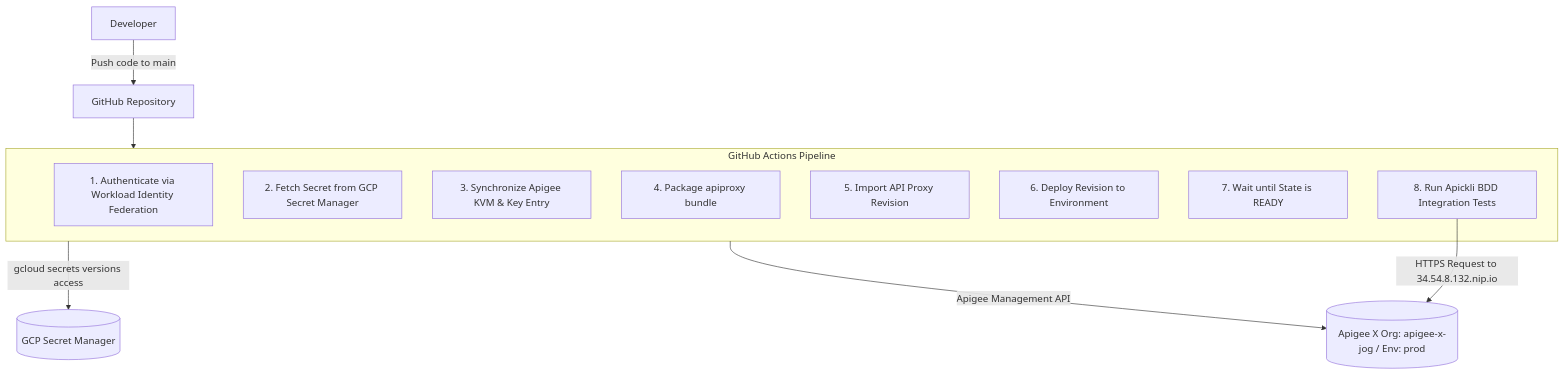
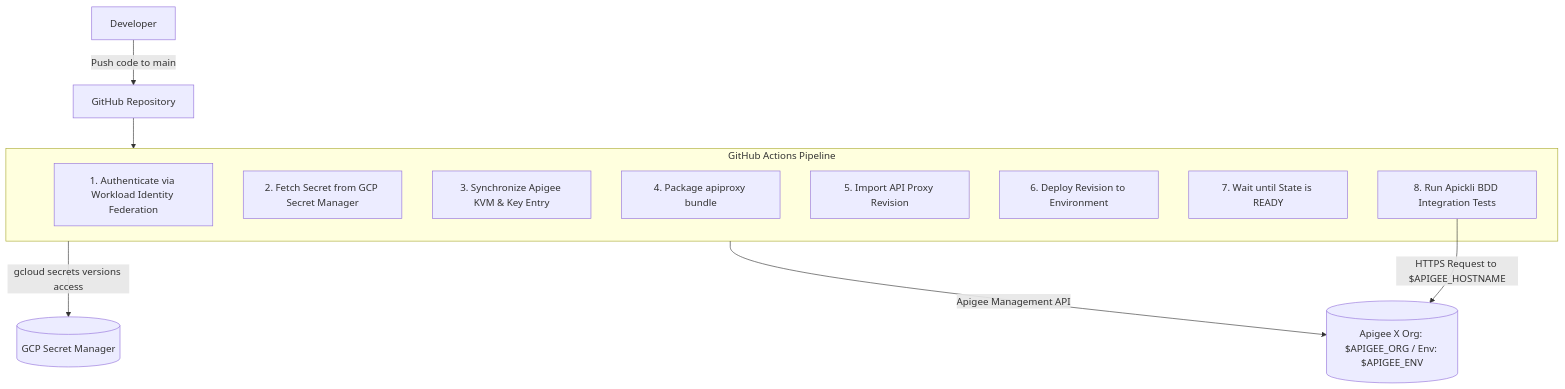
One commit to JoelGauci/apigee-cicd-demo changed the first of 2 diagrams in README.md. Above: the diagram before and after it, drawn with Mermaid. The commit also changed other lines of this file and 7 other files, not shown here.

````diff
--- a/README.md
+++ b/README.md
@@ -9,18 +9,18 @@
 ```mermaid
 flowchart TD
     Dev[Developer] -->|Push code to main| GitHub[GitHub Repository]
     subgraph CI/CD [GitHub Actions Pipeline]
         Auth[1. Authenticate via Workload Identity Federation]
         FetchSecret[2. Fetch Secret from GCP Secret Manager]
         SyncKVM[3. Synchronize Apigee KVM & Key Entry]
         Package[4. Package apiproxy bundle]
         Import[5. Import API Proxy Revision]
         Deploy[6. Deploy Revision to Environment]
         Wait[7. Wait until State is READY]
         Test[8. Run Apickli BDD Integration Tests]
     end
     GitHub --> CI/CD
     CI/CD -->|gcloud secrets versions access| GSM[(GCP Secret Manager)]
-    CI/CD -->|Apigee Management API| Apigee[(Apigee X Org: apigee-x-jog / Env: prod)]
-    Test -->|HTTPS Request to 34.54.8.132.nip.io| Apigee
+    CI/CD -->|Apigee Management API| Apigee[(Apigee X Org: $APIGEE_ORG / Env: $APIGEE_ENV)]
+    Test -->|HTTPS Request to $APIGEE_HOSTNAME| Apigee
 ```
````
